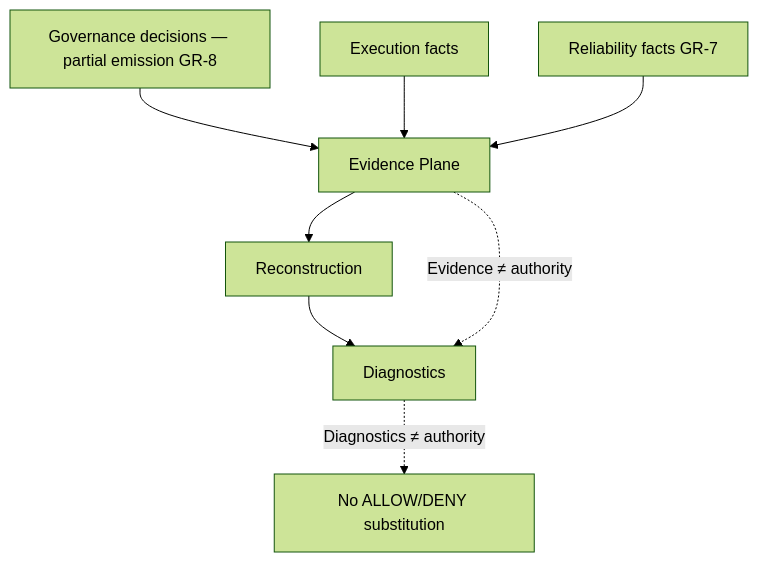
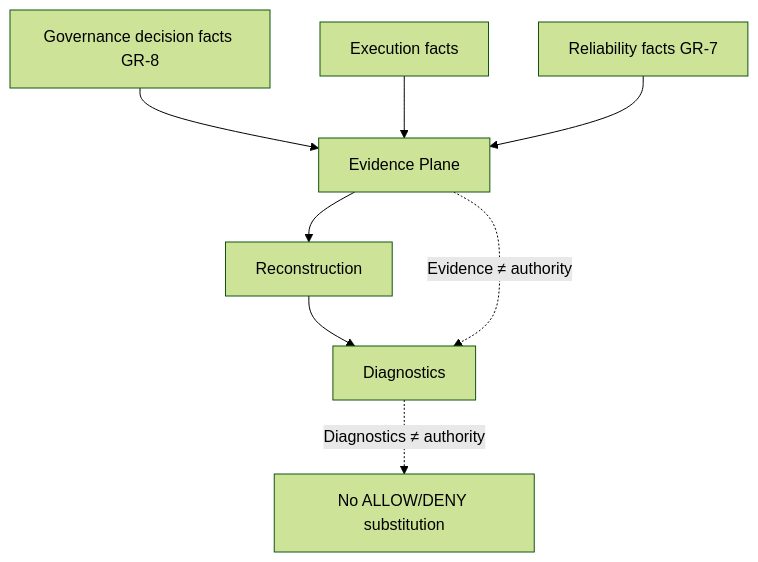
Before and after one commit to jakbuczarnecki/intergrax: the ninth of 11 diagrams in docs/project/architecture/GOVERNED_EXECUTION.md, drawn with Mermaid (forest theme). The commit also changed other lines of this file and 14 other files, not shown here.

Commit message:
feat(governance): add canonical governance evidence spine

````diff
--- a/docs/project/architecture/GOVERNED_EXECUTION.md
+++ b/docs/project/architecture/GOVERNED_EXECUTION.md
@@ -303,10 +303,10 @@
 ```mermaid
 flowchart TD
-  GD[Governance decisions — partial emission GR-8] --> EP[Evidence Plane]
+  GD[Governance decision facts GR-8] --> EP[Evidence Plane]
   EF[Execution facts] --> EP
   RF[Reliability facts GR-7] --> EP
   EP --> REC[Reconstruction]
   REC --> DIAG[Diagnostics]
   EP -.->|Evidence ≠ authority| DIAG
   DIAG -.->|Diagnostics ≠ authority| X[No ALLOW/DENY substitution]
 ```
````
